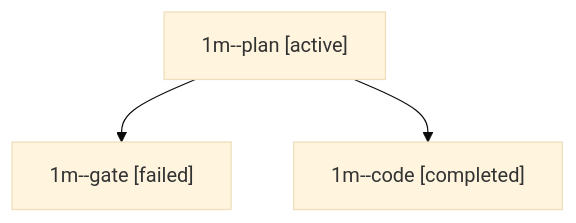
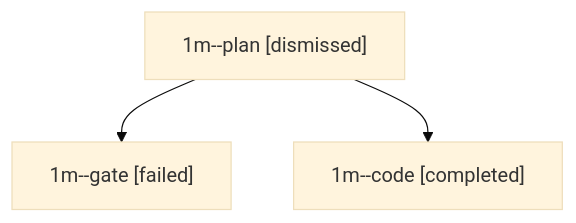
The diagram in sessions/bbugyi200.athena.1m.md (sase-org/sase--agents), drawn with Mermaid (base theme) before and after one commit. The commit also changed other lines of this file and 32 other files, not shown here.

````diff
--- a/sessions/bbugyi200.athena.1m.md
+++ b/sessions/bbugyi200.athena.1m.md
@@ -9,8 +9,8 @@
 ```mermaid
 flowchart TD
-  n0["1m--plan [active]"]
+  n0["1m--plan [dismissed]"]
   n1["1m--gate [failed]"]
   n0 --> n1
   n2["1m--code [completed]"]
   n0 --> n2
 ```
````
